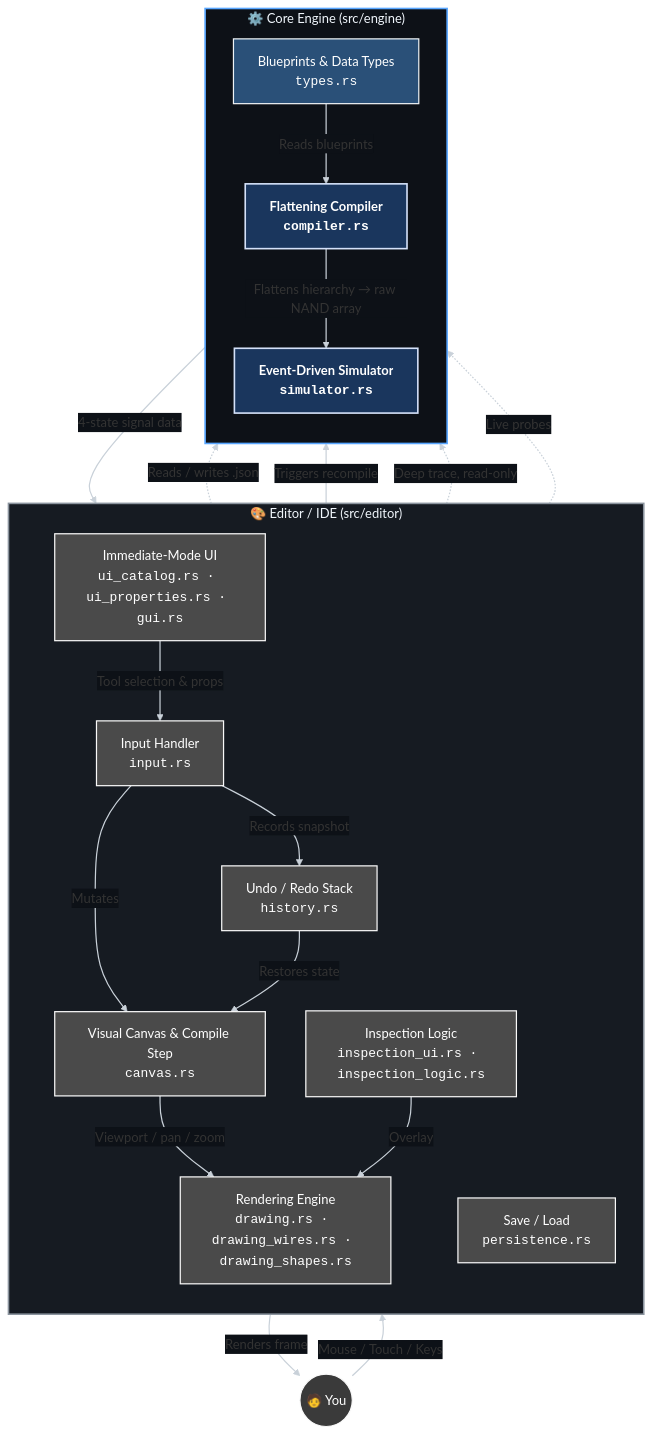
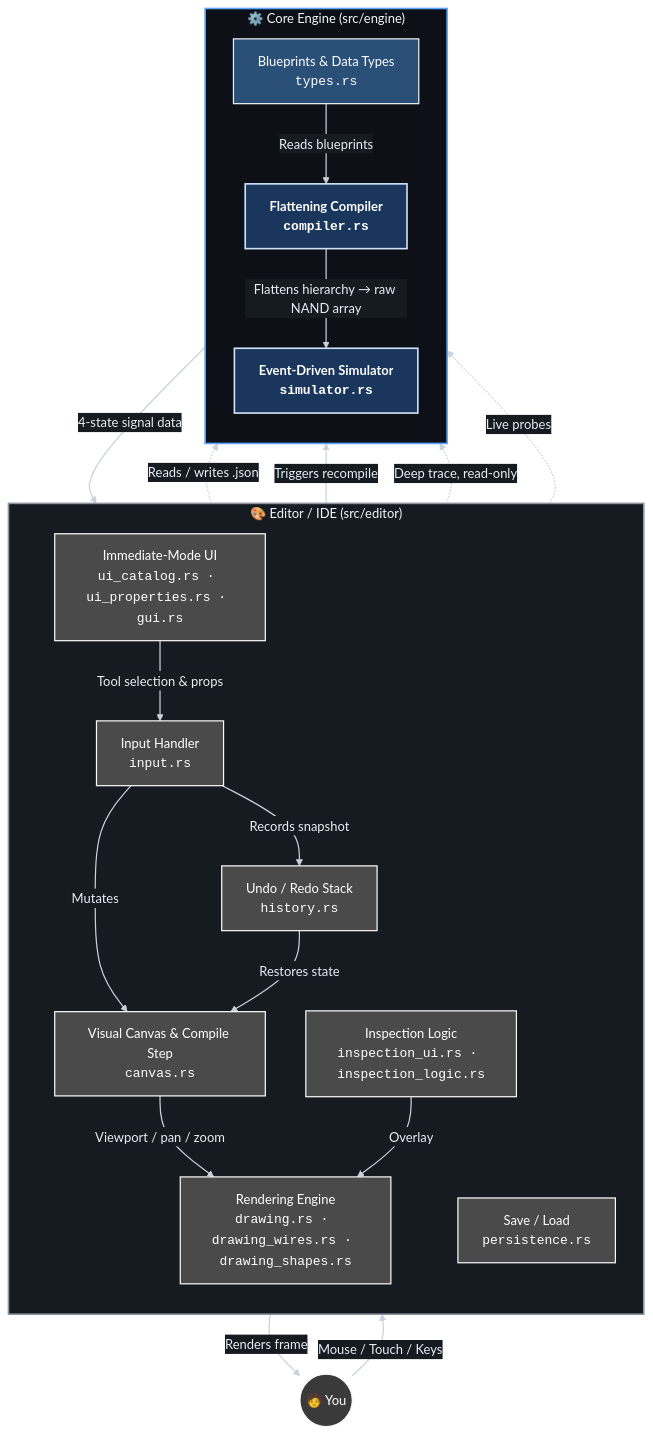
One commit to Sayanthegamer/digital_logic changed the first of 3 diagrams in README.md. Above: the diagram before and after it, drawn with Mermaid. The commit also changed other lines of this file, not shown here.

Commit message:
docs: force all mermaid text colors to white for edge label visibility

````diff
--- a/README.md
+++ b/README.md
@@ -82,53 +82,53 @@
 ```mermaid
-%%{init: {'theme': 'base', 'themeVariables': { 'lineColor': '#c9d1d9', 'textColor': '#e6edf3', 'edgeLabelBackground': '#0d1117', 'edgeLabelColor': '#e6edf3' }}}%%
+%%{init: {'theme': 'base', 'themeVariables': { 'lineColor': '#c9d1d9', 'textColor': '#e6edf3', 'primaryTextColor': '#e6edf3', 'secondaryTextColor': '#e6edf3', 'tertiaryTextColor': '#e6edf3', 'edgeLabelBackground': '#161b22' }}}%%
 flowchart TB
     classDef frontendNode fill:#4a4a4a,stroke:#f9f9f9,stroke-width:1.5px,color:#ffffff;
     classDef backendNode fill:#2a5078,stroke:#eef2f5,stroke-width:1.5px,color:#ffffff;
     classDef coreNode fill:#1a365d,stroke:#d4e1f9,stroke-width:2px,color:#ffffff,font-weight:bold;
     classDef userNode fill:#3a3a3a,stroke:#f9f9f9,stroke-width:1.5px,color:#ffffff;
 
     subgraph Frontend["🎨 Editor / IDE  (src/editor)"]
         direction TB
         Input["Input Handler<br/><code>input.rs</code>"]
         Canvas["Visual Canvas & Compile Step<br/><code>canvas.rs</code>"]
         Draw["Rendering Engine<br/><code>drawing.rs · drawing_wires.rs · drawing_shapes.rs</code>"]
         UI["Immediate-Mode UI<br/><code>ui_catalog.rs · ui_properties.rs · gui.rs</code>"]
         Inspect["Inspection Logic<br/><code>inspection_ui.rs · inspection_logic.rs</code>"]
         History["Undo / Redo Stack<br/><code>history.rs</code>"]
         Persist["Save / Load<br/><code>persistence.rs</code>"]
     end
 
     subgraph Backend["⚙️ Core Engine  (src/engine)"]
         direction TB
         Compiler["Flattening Compiler<br/><code>compiler.rs</code>"]
         Simulator["Event-Driven Simulator<br/><code>simulator.rs</code>"]
         Types["Blueprints & Data Types<br/><code>types.rs</code>"]
     end
 
     User((🧑 You)) -->|Mouse / Touch / Keys| Input
     Input -->|Mutates| Canvas
     Input -->|Records snapshot| History
     History -->|Restores state| Canvas
     UI -->|Tool selection & props| Input
     Persist -.->|Reads / writes .json| Types
 
     Canvas ==>|"Triggers recompile"| Compiler
     Types -->|Reads blueprints| Compiler
     Compiler ==>|"Flattens hierarchy → raw NAND array"| Simulator
 
     Simulator -->|4-state signal data| Draw
     Canvas -->|Viewport / pan / zoom| Draw
     Draw -->|Renders frame| User
 
     Inspect -.->|Deep trace, read-only| Types
     Inspect -.->|Live probes| Simulator
     Inspect -->|Overlay| Draw
 
     class Input,Canvas,Draw,UI,Inspect,History,Persist frontendNode;
     class Types backendNode;
     class Simulator,Compiler coreNode;
     class User userNode;
     style Frontend fill:#161b22,stroke:#8b949e,stroke-width:2px,color:#f0f6fc;
     style Backend fill:#0d1117,stroke:#58a6ff,stroke-width:2px,color:#f0f6fc;
     linkStyle default stroke:#c9d1d9,stroke-width:1.5px;
 ```
````
